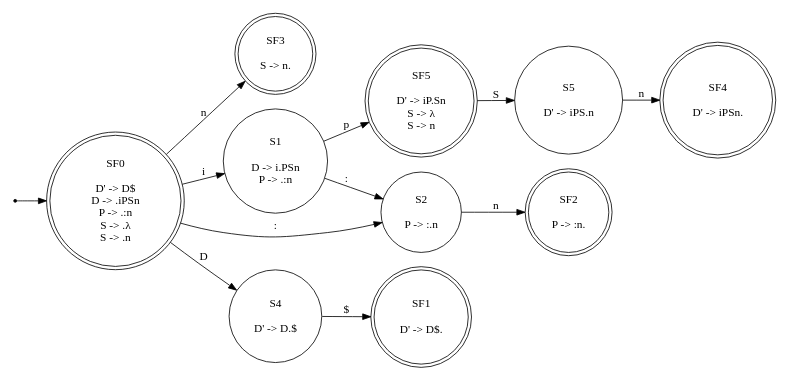
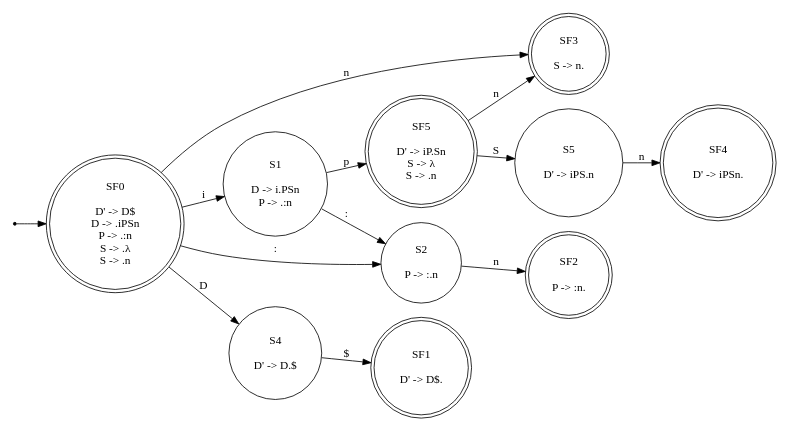
The diagram in Automatas y lenguajes/tex/ejerciciosHoja3/automata_H3E4.dot (apuntes-uam-infomat/apuntes), drawn with Graphviz before and after one commit. The commit also changed 6 other files, not shown here.

```diff
--- a/Automatas y lenguajes/tex/ejerciciosHoja3/automata_H3E4.dot
+++ b/Automatas y lenguajes/tex/ejerciciosHoja3/automata_H3E4.dot
@@ -1,34 +1,35 @@
 digraph automata_7 {
     rankdir=LR;
     size="8,5"
 
     node [shape = doublecircle]; SF0, SF1, SF2, SF3, SF4, SF5;
     node [shape = point ]; init
     node [shape = circle];
 
     SF0 [label="SF0\n\nD' -> D$\nD -> .iPSn\nP -> .:n\nS -> .λ\nS -> .n\n"];
     S1 [label="S1\n\nD -> i.PSn\nP -> .:n"];
     S2 [label="S2\n\nP -> :.n"];
-    SF5 [label="SF5\n\nD' -> iP.Sn\nS -> λ\nS -> n"];
+    SF5 [label="SF5\n\nD' -> iP.Sn\nS -> λ\nS -> .n"];
     S4 [label="S4\n\nD' -> D.$"];
     S5 [label="S5\n\nD' -> iPS.n"];
     SF1 [label="SF1\n\nD' -> D$."];
     SF2 [label="SF2\n\nP -> :n."];
     SF3 [label="SF3\n\nS -> n."];
     SF4 [label="SF4\n\nD' -> iPSn."];
 
 
 
     init -> SF0;
     SF0 -> S1 [label = i];
     SF0 -> S2 [label = ":"];
     SF0 -> S4 [label = "D"];
     SF0 -> SF3 [label = "n"];
     S1 -> SF5 [label = "p"];
     S1 -> S2 [label = ":"];
     S2 -> SF2 [label = "n"];
     S4 -> SF1 [label = "$"];
     SF5 -> S5 [label = "S"];
     S5 -> SF4 [label = "n"];
+    SF5 -> SF3 [label = n];
 
 }
```
